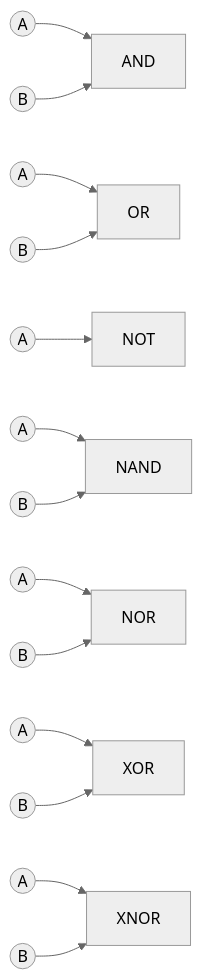
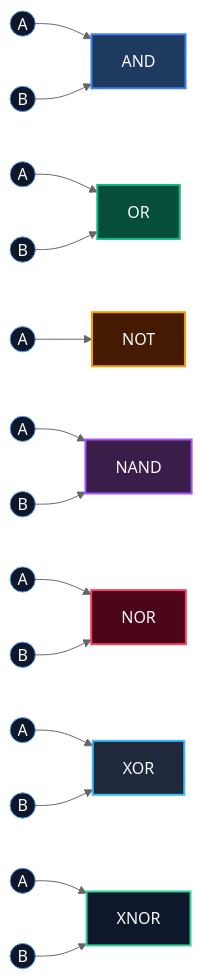
One commit to PanagopoulosNikolaos/DitOpenNotes changed the first of 4 diagrams in Year_1/Semester_2/DISCRETE_MATHEMATICS/Resources/Notes/03_logic_gates.md. Above: the diagram before and after it, drawn with Mermaid (neutral theme). The commit also changed other lines of this file and 6 other files, not shown here.

````diff
--- a/Year_1/Semester_2/DISCRETE_MATHEMATICS/Resources/Notes/03_logic_gates.md
+++ b/Year_1/Semester_2/DISCRETE_MATHEMATICS/Resources/Notes/03_logic_gates.md
@@ -16,10 +111,32 @@
 ```mermaid
 flowchart LR
-    A1((A)) & B1((B)) --> AND[AND]
-    A2((A)) & B2((B)) --> OR[OR]
-    A3((A)) --> NOT[NOT]
-    A4((A)) & B4((B)) --> NAND[NAND]
-    A5((A)) & B5((B)) --> NOR[NOR]
-    A6((A)) & B6((B)) --> XOR[XOR]
-    A7((A)) & B7((B)) --> XNOR[XNOR]
+    A1((A)) & B1((B)) --> AND["AND"]
+    A2((A)) & B2((B)) --> OR["OR"]
+    A3((A)) --> NOT["NOT"]
+    A4((A)) & B4((B)) --> NAND["NAND"]
+    A5((A)) & B5((B)) --> NOR["NOR"]
+    A6((A)) & B6((B)) --> XOR["XOR"]
+    A7((A)) & B7((B)) --> XNOR["XNOR"]
+
+    style AND fill:#1e3a5f,stroke:#3b82f6,stroke-width:2px,color:#f8fafc
+    style OR fill:#064e3b,stroke:#10b981,stroke-width:2px,color:#f8fafc
+    style NOT fill:#451a03,stroke:#f59e0b,stroke-width:2px,color:#f8fafc
+    style NAND fill:#3b1d4a,stroke:#a855f7,stroke-width:2px,color:#f8fafc
+    style NOR fill:#4c0519,stroke:#f43f5e,stroke-width:2px,color:#f8fafc
+    style XOR fill:#1e293b,stroke:#38bdf8,stroke-width:2px,color:#f8fafc
+    style XNOR fill:#0f172a,stroke:#34d399,stroke-width:2px,color:#f8fafc
+
+    style A1 fill:#0f172a,stroke:#60a5fa,color:#f8fafc
+    style B1 fill:#0f172a,stroke:#60a5fa,color:#f8fafc
+    style A2 fill:#0f172a,stroke:#60a5fa,color:#f8fafc
+    style B2 fill:#0f172a,stroke:#60a5fa,color:#f8fafc
+    style A3 fill:#0f172a,stroke:#60a5fa,color:#f8fafc
+    style A4 fill:#0f172a,stroke:#60a5fa,color:#f8fafc
+    style B4 fill:#0f172a,stroke:#60a5fa,color:#f8fafc
+    style A5 fill:#0f172a,stroke:#60a5fa,color:#f8fafc
+    style B5 fill:#0f172a,stroke:#60a5fa,color:#f8fafc
+    style A6 fill:#0f172a,stroke:#60a5fa,color:#f8fafc
+    style B6 fill:#0f172a,stroke:#60a5fa,color:#f8fafc
+    style A7 fill:#0f172a,stroke:#60a5fa,color:#f8fafc
+    style B7 fill:#0f172a,stroke:#60a5fa,color:#f8fafc
 ```
````
